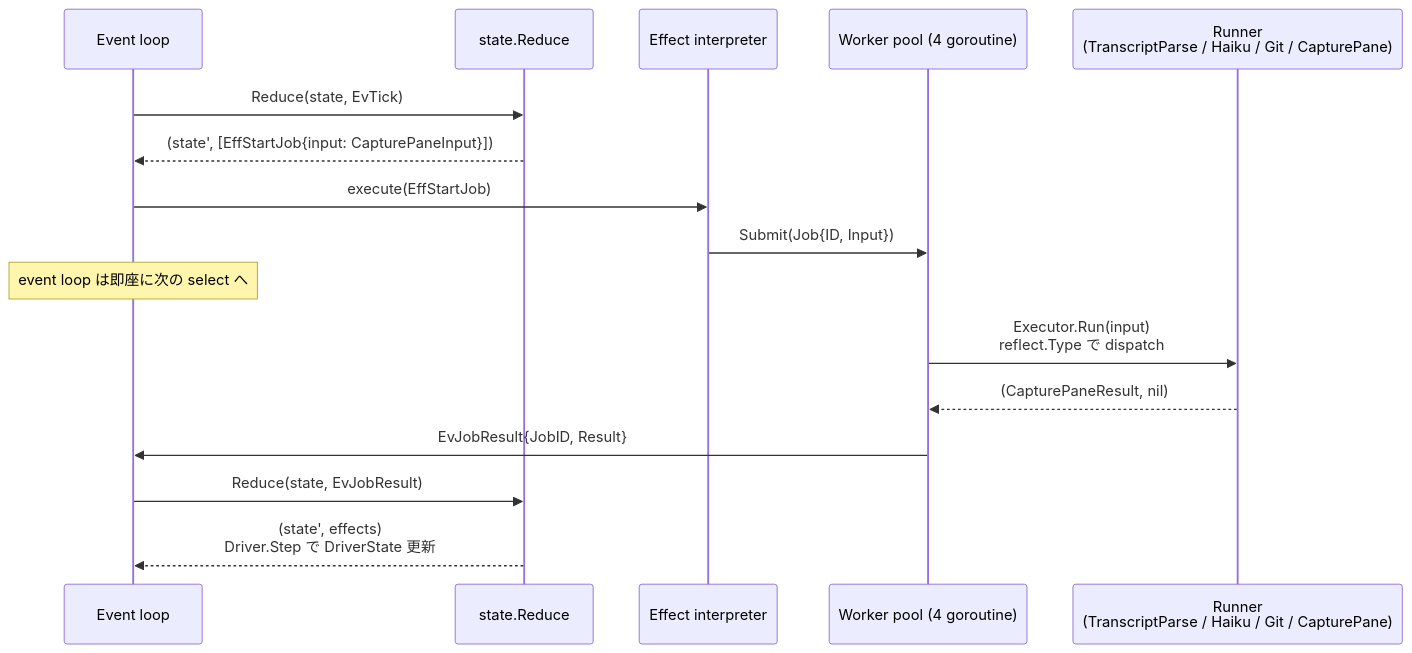
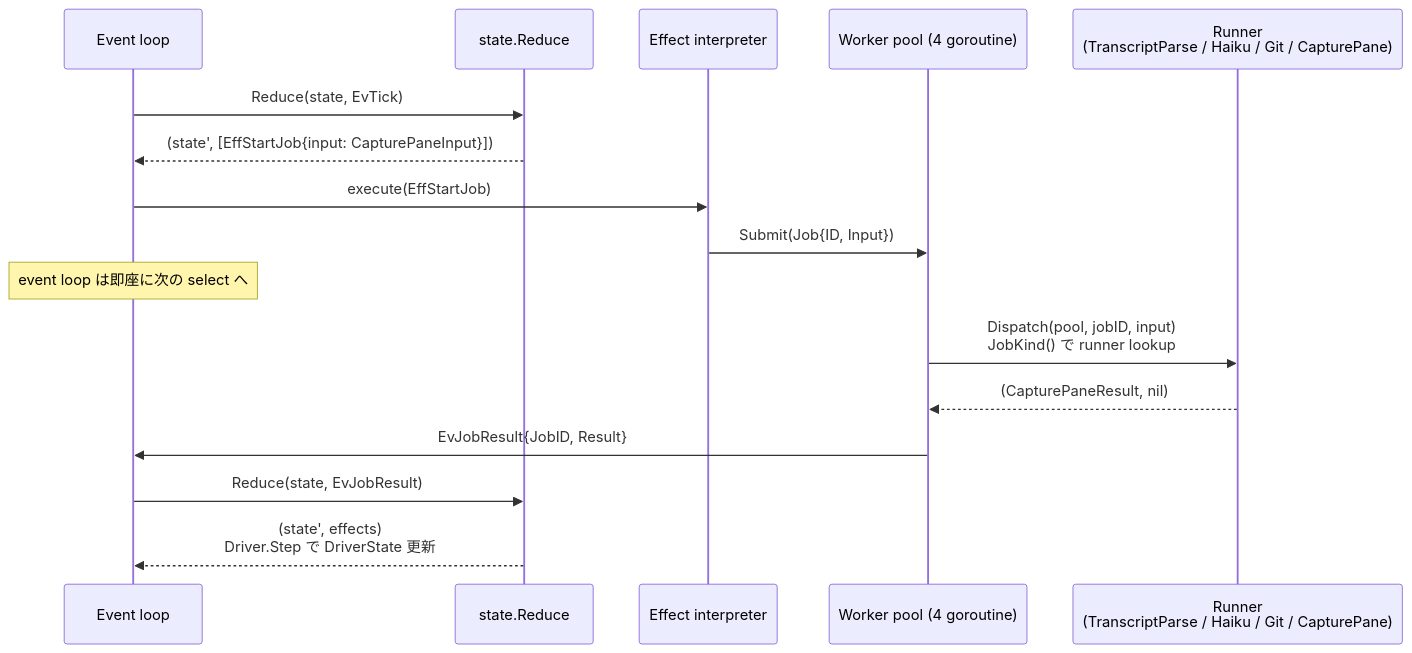
One commit to takezoh/agent-roost changed the fifth of 12 diagrams in ARCHITECTURE.md. Above: the diagram before and after it, drawn with Mermaid. The commit also changed other lines of this file, not shown here.

First line of the commit message:
Update ARCHITECTURE.md for driver isolation refactoring

````diff
--- a/ARCHITECTURE.md
+++ b/ARCHITECTURE.md
@@ -498,21 +499,21 @@
 ```mermaid
 sequenceDiagram
     participant EL as Event loop
     participant Red as state.Reduce
     participant Interp as Effect interpreter
     participant Pool as Worker pool (4 goroutine)
     participant Runner as Runner<br/>(TranscriptParse / Haiku / Git / CapturePane)
 
     EL->>Red: Reduce(state, EvTick)
     Red-->>EL: (state', [EffStartJob{input: CapturePaneInput}])
     EL->>Interp: execute(EffStartJob)
     Interp->>Pool: Submit(Job{ID, Input})
     Note over EL: event loop は即座に次の select へ
 
-    Pool->>Runner: Executor.Run(input)<br/>reflect.Type で dispatch
+    Pool->>Runner: Dispatch(pool, jobID, input)<br/>JobKind() で runner lookup
     Runner-->>Pool: (CapturePaneResult, nil)
     Pool->>EL: EvJobResult{JobID, Result}
 
     EL->>Red: Reduce(state, EvJobResult)
     Red-->>EL: (state', effects)<br/>Driver.Step で DriverState 更新
 ```
````
